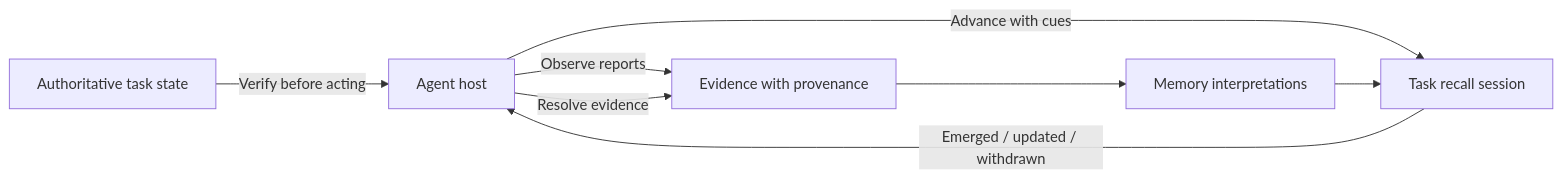
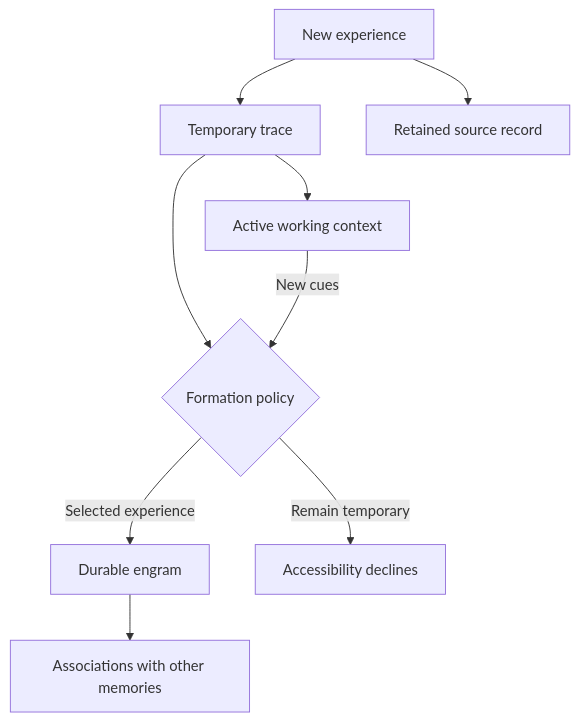
One commit to skein-js/recall-delta changed the first of 7 diagrams in spec/recall-delta-protocol.md. Above: the diagram before and after it, drawn with Mermaid. The commit also changed other lines of this file and 11 other files, not shown here.

Commit message:
docs: center associative memory formation and evolution

````diff
--- a/spec/recall-delta-protocol.md
+++ b/spec/recall-delta-protocol.md
@@ -21,10 +27,11 @@
 ```mermaid
-flowchart LR
-    H["Agent host"] -->|"Observe reports"| E["Evidence with provenance"]
-    E --> M["Memory interpretations"]
-    H -->|"Advance with cues"| R["Task recall session"]
-    M --> R
-    R -->|"Emerged / updated / withdrawn"| H
-    H -->|"Resolve evidence"| E
-    A["Authoritative task state"] -->|"Verify before acting"| H
+flowchart TB
+    experience["New experience"] --> trace["Temporary trace"]
+    experience --> evidence["Retained source record"]
+    trace --> working["Active working context"]
+    trace --> gate{"Formation policy"}
+    gate -->|"Selected experience"| engram["Durable engram"]
+    gate -->|"Remain temporary"| fading["Accessibility declines"]
+    engram --> links["Associations with other memories"]
+    working -->|"New cues"| gate
 ```
````
